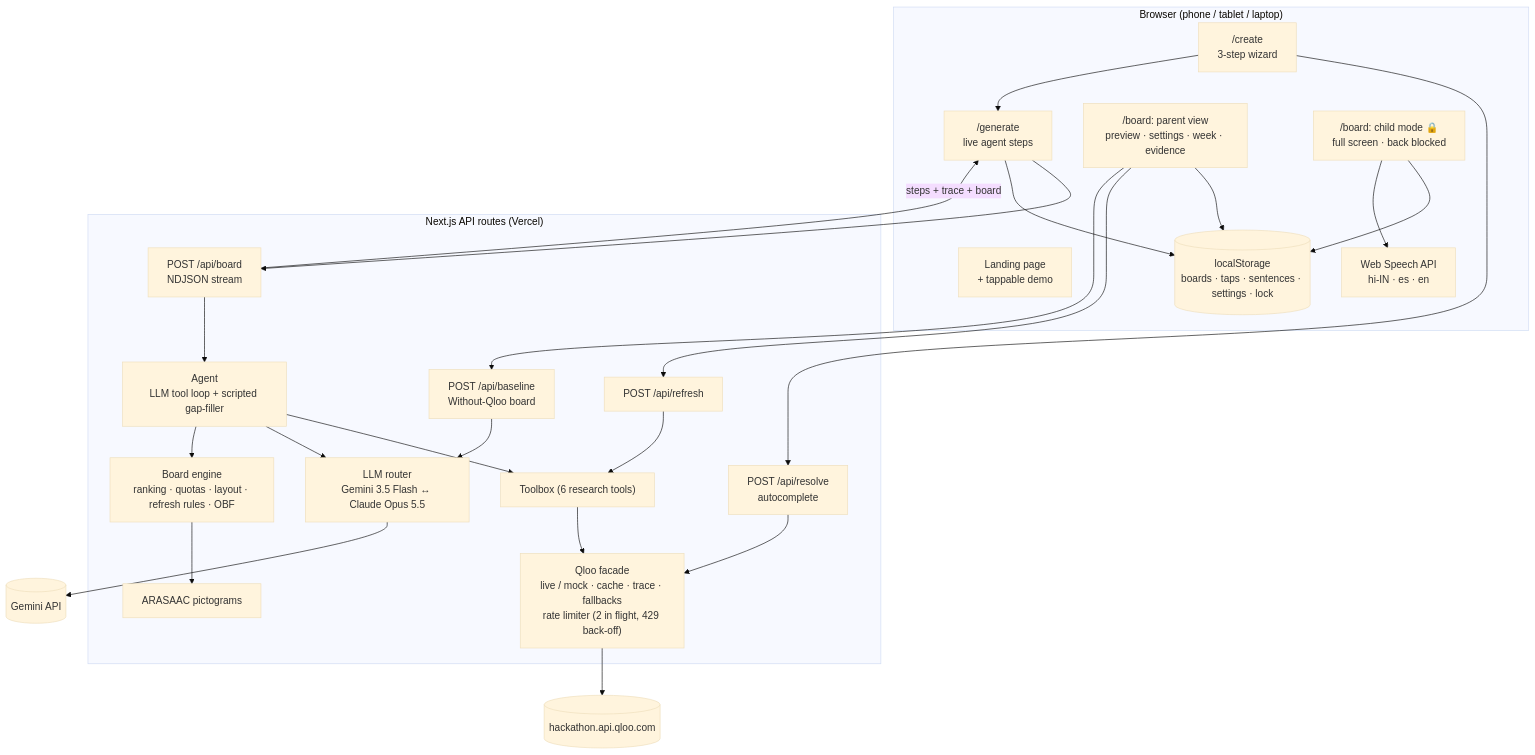
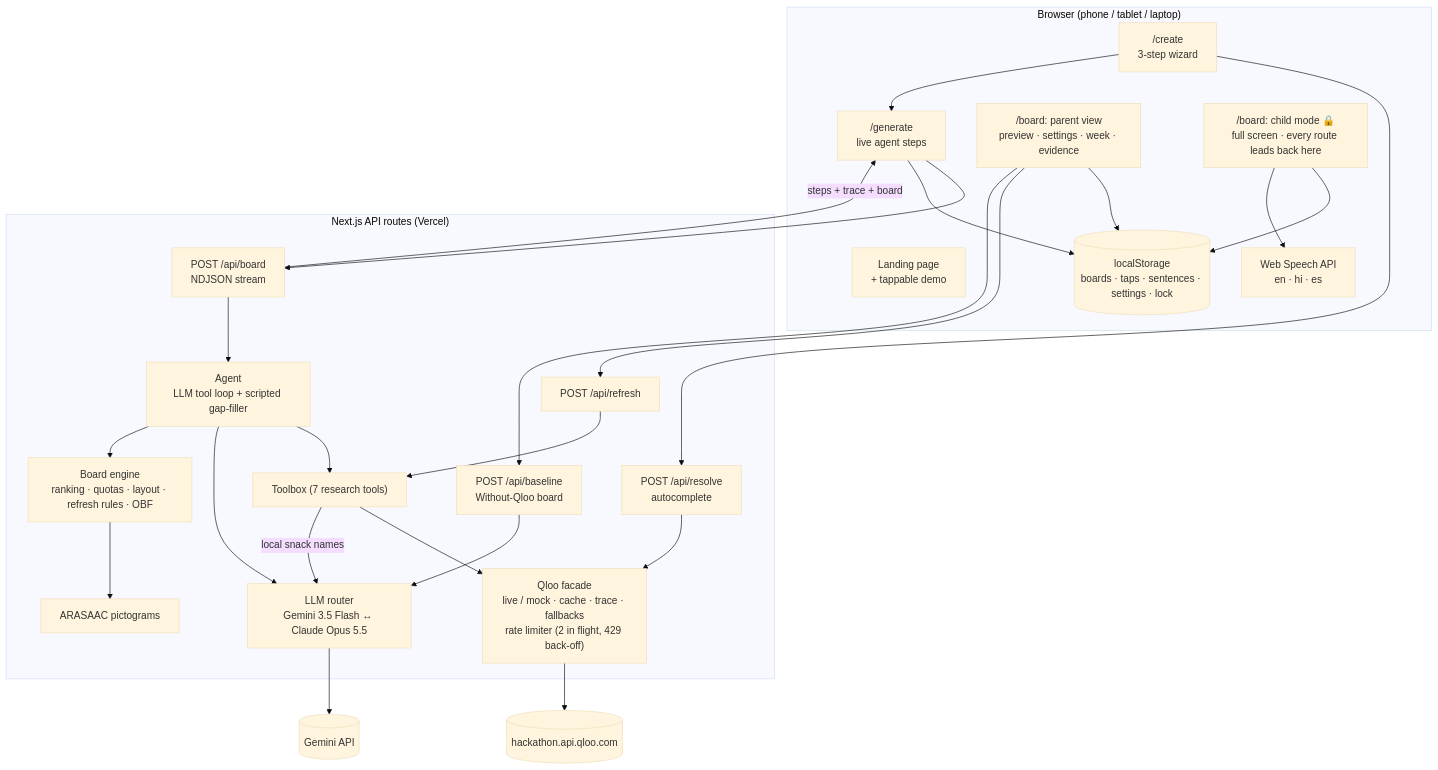
The second of 5 diagrams in docs/ARCHITECTURE.md (sonalverdtu/hometiles), drawn with Mermaid (base theme) before and after one commit. The commit also changed other lines of this file and 2 other files, not shown here.

Commit message:
Docs: architecture, SRS v1.2 and Devpost updated for English default, temperament, age-aware safety screen, verified local snacks, child-lock and privacy changes; AI-alone vs Qloo results

````diff
--- a/docs/ARCHITECTURE.md
+++ b/docs/ARCHITECTURE.md
@@ -25,41 +27,42 @@
 ```mermaid
 flowchart TB
     subgraph Browser["Browser (phone / tablet / laptop)"]
         LP["Landing page<br/>+ tappable demo"]
         CR["/create<br/>3-step wizard"]
         GEN["/generate<br/>live agent steps"]
         PV["/board: parent view<br/>preview · settings · week · evidence"]
-        KID["/board: child mode 🔒<br/>full screen · back blocked"]
+        KID["/board: child mode 🔒<br/>full screen · every route leads back here"]
         LS[("localStorage<br/>boards · taps · sentences · settings · lock")]
-        TTS["Web Speech API<br/>hi-IN · es · en"]
+        TTS["Web Speech API<br/>en · hi · es"]
     end
 
     subgraph Server["Next.js API routes (Vercel)"]
         R1["POST /api/resolve<br/>autocomplete"]
         R2["POST /api/board<br/>NDJSON stream"]
         R3["POST /api/refresh"]
         R4["POST /api/baseline<br/>Without-Qloo board"]
         AG["Agent<br/>LLM tool loop + scripted gap-filler"]
-        TB["Toolbox (6 research tools)"]
+        TB["Toolbox (7 research tools)"]
         QF["Qloo facade<br/>live / mock · cache · trace · fallbacks<br/>rate limiter (2 in flight, 429 back-off)"]
         EN["Board engine<br/>ranking · quotas · layout · refresh rules · OBF"]
         LLM["LLM router<br/>Gemini 3.5 Flash ↔ Claude Opus 5.5"]
         PIC["ARASAAC pictograms"]
     end
 
     QLOO[("hackathon.api.qloo.com")]
     GEM[("Gemini API")]
 
     CR --> R1 --> QF
     CR --> GEN --> R2 --> AG
     AG --> TB --> QF --> QLOO
+    TB -->|"local snack names"| LLM
     AG --> LLM --> GEM
     AG --> EN
     EN --> PIC
     R2 -->|"steps + trace + board"| GEN --> LS
     PV --> LS
     KID --> LS
     KID --> TTS
     PV --> R3 --> TB
     PV --> R4 --> LLM
 ```
````
